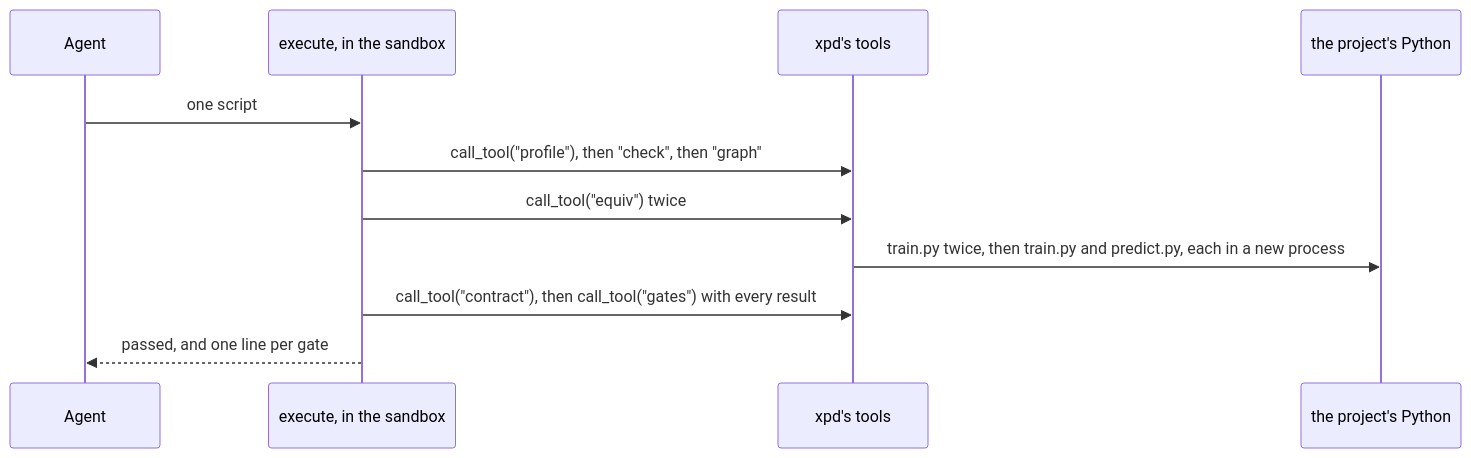
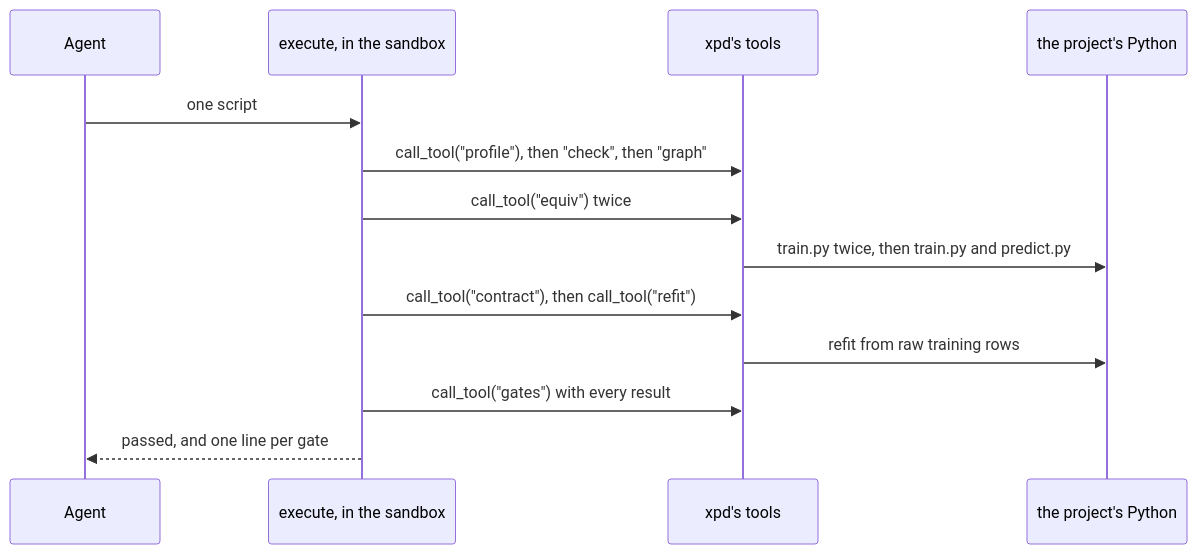
One commit to bjoernaagaard/xpd changed the diagram in docs/code-mode.md. Above: the diagram before and after it, drawn with Mermaid. The commit also changed other lines of this file and 3 other files, not shown here.

````diff
--- a/docs/code-mode.md
+++ b/docs/code-mode.md
@@ -17,13 +17,15 @@
 ```mermaid
 sequenceDiagram
     participant Agent
     participant Sandbox as execute, in the sandbox
     participant Server as xpd's tools
     participant Python as the project's Python
     Agent->>Sandbox: one script
     Sandbox->>Server: call_tool("profile"), then "check", then "graph"
     Sandbox->>Server: call_tool("equiv") twice
-    Server->>Python: train.py twice, then train.py and predict.py, each in a new process
-    Sandbox->>Server: call_tool("contract"), then call_tool("gates") with every result
+    Server->>Python: train.py twice, then train.py and predict.py
+    Sandbox->>Server: call_tool("contract"), then call_tool("refit")
+    Server->>Python: refit from raw training rows
+    Sandbox->>Server: call_tool("gates") with every result
     Sandbox-->>Agent: passed, and one line per gate
 ```
````
